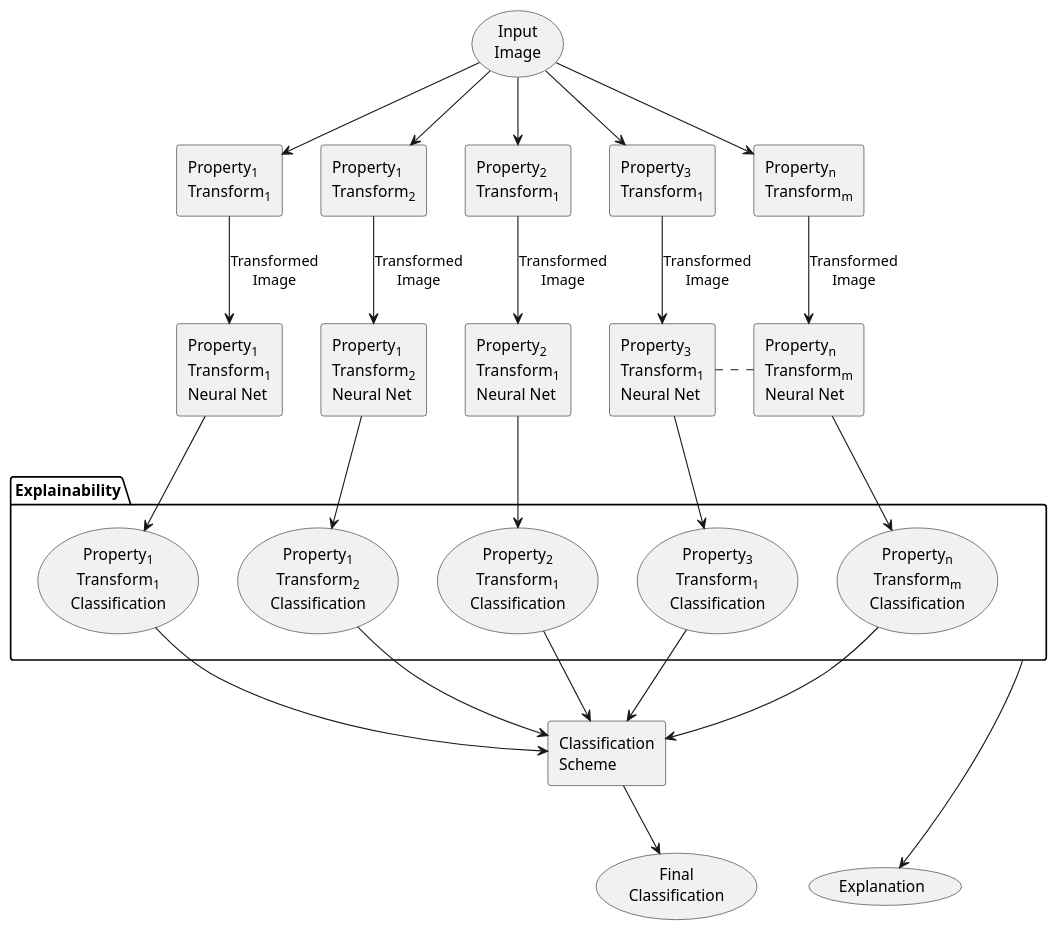
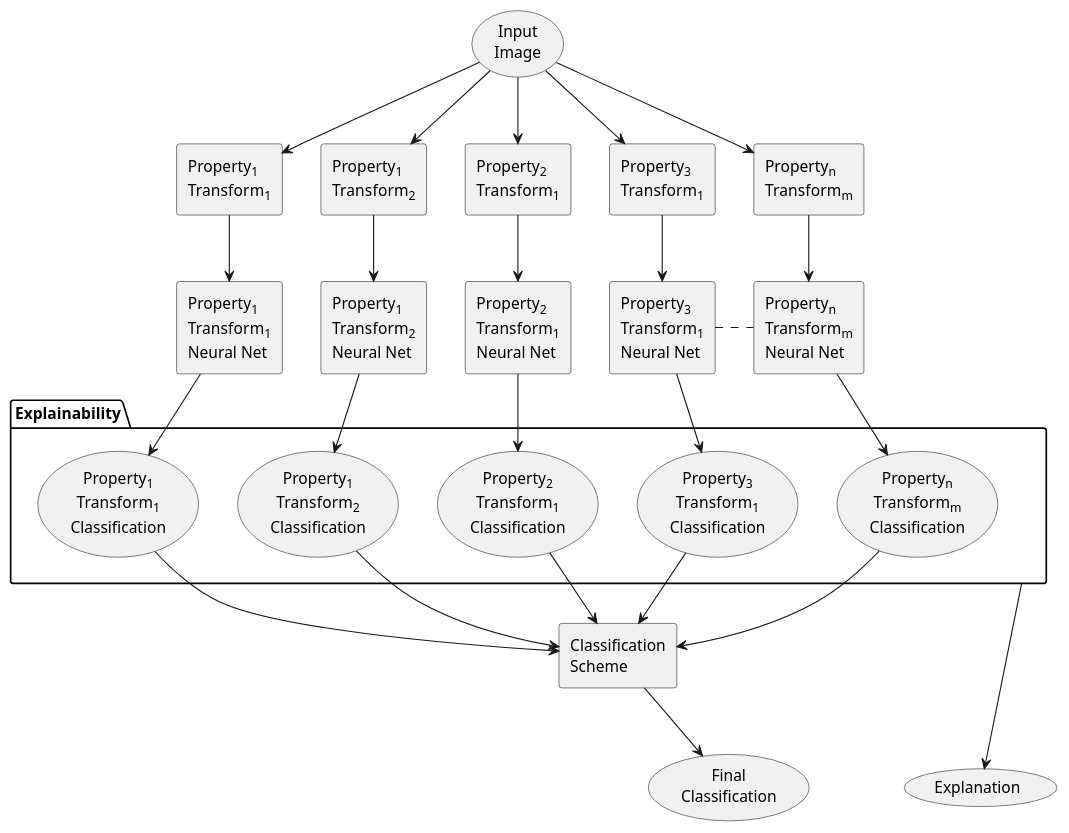
The diagram in property-nn-classification.puml (paulwhitten/2021-naecon-xai_methdology_for_handwritten_applications), drawn with PlantUML before and after one commit. The commit also changed 5 other files, not shown here.

```diff
--- a/property-nn-classification.puml
+++ b/property-nn-classification.puml
@@ -1,78 +1,78 @@
 @startuml
 
 skinparam maxactorsize 0
 
 skinparam rectangle {
     BackgroundColor white
     BorderColor white
     shadowing false
 }
 
 usecase "Input\nImage" as input
 
 agent "Property<FONT POINT-SIZE='10'><SUB>1</SUB></FONT>\nTransform<FONT POINT-SIZE='10'><SUB>1</SUB></FONT>" as TRANS_1
 agent "Property<FONT POINT-SIZE='10'><SUB>1</SUB></FONT>\nTransform<FONT POINT-SIZE='10'><SUB>2</SUB></FONT>" as TRANS_11
 agent "Property<FONT POINT-SIZE='10'><SUB>2</SUB></FONT>\nTransform<FONT POINT-SIZE='10'><SUB>1</SUB></FONT>" as TRANS_2
 agent "Property<FONT POINT-SIZE='10'><SUB>3</SUB></FONT>\nTransform<FONT POINT-SIZE='10'><SUB>1</SUB></FONT>" as TRANS_3
 agent "Property<FONT POINT-SIZE='10'><SUB>n</SUB></FONT>\nTransform<FONT POINT-SIZE='10'><SUB>m</SUB></FONT>" as TRANS_N
 
 input --> TRANS_1
 input --> TRANS_11
 input --> TRANS_2
 input --> TRANS_3
 input --> TRANS_N
 
 agent "Property<FONT POINT-SIZE='10'><SUB>1</SUB></FONT>\nTransform<FONT POINT-SIZE='10'><SUB>1</SUB></FONT>\nNeural Net" as XAI_1
 agent "Property<FONT POINT-SIZE='10'><SUB>1</SUB></FONT>\nTransform<FONT POINT-SIZE='10'><SUB>2</SUB></FONT>\nNeural Net" as XAI_11
 agent "Property<FONT POINT-SIZE='10'><SUB>2</SUB></FONT>\nTransform<FONT POINT-SIZE='10'><SUB>1</SUB></FONT>\nNeural Net" as XAI_2
 agent "Property<FONT POINT-SIZE='10'><SUB>3</SUB></FONT>\nTransform<FONT POINT-SIZE='10'><SUB>1</SUB></FONT>\nNeural Net" as XAI_3
 agent "Property<FONT POINT-SIZE='10'><SUB>n</SUB></FONT>\nTransform<FONT POINT-SIZE='10'><SUB>m</SUB></FONT>\nNeural Net" as XAI_N
 
-TRANS_1 --> XAI_1 : "Transformed\nImage"
-TRANS_11 --> XAI_11 : "Transformed\nImage"
-TRANS_2 --> XAI_2 : "Transformed\nImage"
-TRANS_3 --> XAI_3 : "Transformed\nImage"
-TRANS_N --> XAI_N : "Transformed\nImage"
+TRANS_1 --> XAI_1
+TRANS_11 --> XAI_11
+TRANS_2 --> XAI_2
+TRANS_3 --> XAI_3
+TRANS_N --> XAI_N
 
 XAI_1 .[hidden]right. XAI_11
 XAI_11 .[hidden]right. XAI_2
 XAI_2 .[hidden]right. XAI_3
 XAI_3 .right. XAI_N
 
 package "Explainability" as exp {
 usecase "Property<FONT POINT-SIZE='10'><SUB>1</SUB></FONT>\nTransform<FONT POINT-SIZE='10'><SUB>1</SUB></FONT>\nClassification" as label_1
 
 usecase "Property<FONT POINT-SIZE='10'><SUB>1</SUB></FONT>\nTransform<FONT POINT-SIZE='10'><SUB>2</SUB></FONT>\nClassification" as label_11
 
 usecase "Property<FONT POINT-SIZE='10'><SUB>2</SUB></FONT>\nTransform<FONT POINT-SIZE='10'><SUB>1</SUB></FONT>\nClassification" as label_2
 
 usecase "Property<FONT POINT-SIZE='10'><SUB>3</SUB></FONT>\nTransform<FONT POINT-SIZE='10'><SUB>1</SUB></FONT>\nClassification" as label_3
 
 usecase "Property<FONT POINT-SIZE='10'><SUB>n</SUB></FONT>\nTransform<FONT POINT-SIZE='10'><SUB>m</SUB></FONT>\nClassification" as label_N
 }
 
 XAI_1 --> label_1
 XAI_11 --> label_11
 XAI_2 --> label_2
 XAI_3 --> label_3
 XAI_N --> label_N
 
 agent "Classification\nScheme" as cls_sch
 
 label_1 --> cls_sch
 label_11 --> cls_sch
 label_2 --> cls_sch
 label_3 --> cls_sch
 label_N --> cls_sch
 
 usecase "Final\nClassification" as final
 
 cls_sch --> final
 
 usecase "Explanation" as explain
 
 exp -down-> explain
 
 final -[hidden]right-- explain
 
 @enduml
```
